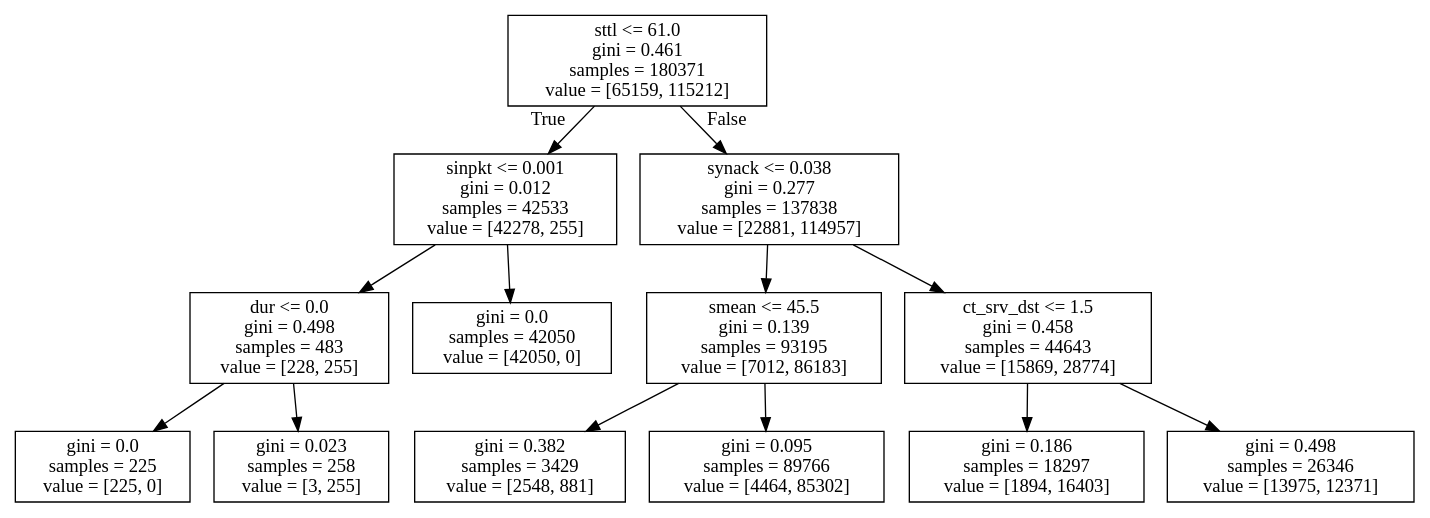
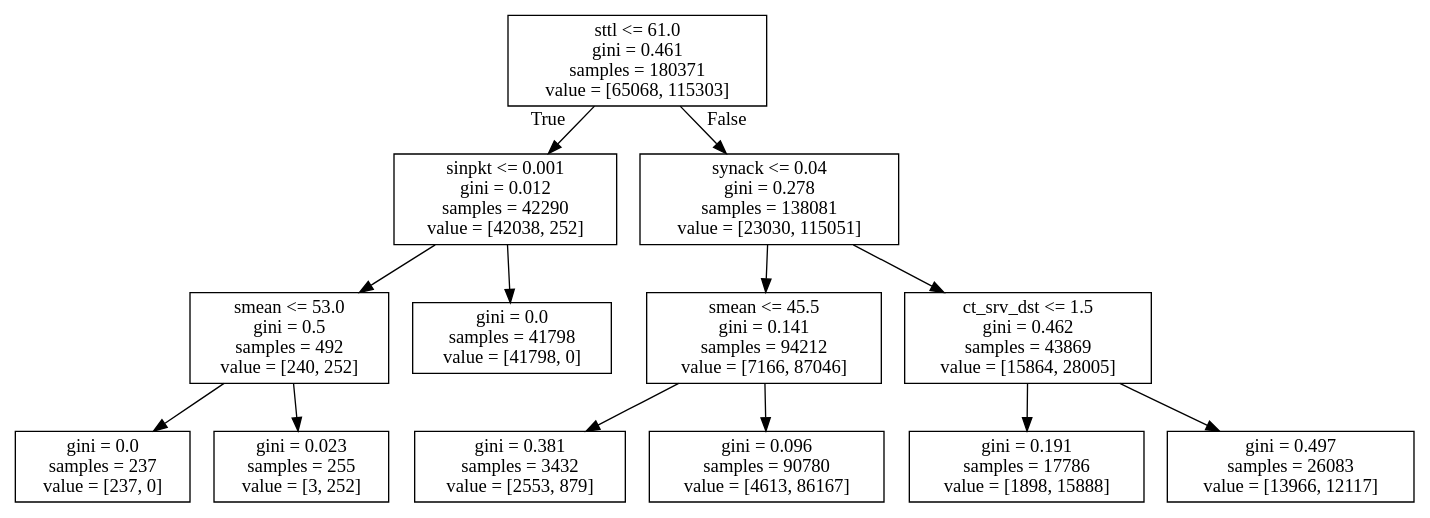
The diagram in 5.ML_Models/baseline/images/decisionTree.dot (divyaKh/CMPE255Project), drawn with Graphviz before and after one commit. The commit also changed 1 other file, not shown here.

```diff
--- a/5.ML_Models/baseline/images/decisionTree.dot
+++ b/5.ML_Models/baseline/images/decisionTree.dot
@@ -1,28 +1,28 @@
 digraph Tree {
 node [shape=box] ;
-0 [label="sttl <= 61.0\ngini = 0.461\nsamples = 180371\nvalue = [65159, 115212]"] ;
-1 [label="sinpkt <= 0.001\ngini = 0.012\nsamples = 42533\nvalue = [42278, 255]"] ;
+0 [label="sttl <= 61.0\ngini = 0.461\nsamples = 180371\nvalue = [65068, 115303]"] ;
+1 [label="sinpkt <= 0.001\ngini = 0.012\nsamples = 42290\nvalue = [42038, 252]"] ;
 0 -> 1 [labeldistance=2.5, labelangle=45, headlabel="True"] ;
-2 [label="dur <= 0.0\ngini = 0.498\nsamples = 483\nvalue = [228, 255]"] ;
+2 [label="smean <= 53.0\ngini = 0.5\nsamples = 492\nvalue = [240, 252]"] ;
 1 -> 2 ;
-3 [label="gini = 0.0\nsamples = 225\nvalue = [225, 0]"] ;
+3 [label="gini = 0.0\nsamples = 237\nvalue = [237, 0]"] ;
 2 -> 3 ;
-4 [label="gini = 0.023\nsamples = 258\nvalue = [3, 255]"] ;
+4 [label="gini = 0.023\nsamples = 255\nvalue = [3, 252]"] ;
 2 -> 4 ;
-5 [label="gini = 0.0\nsamples = 42050\nvalue = [42050, 0]"] ;
+5 [label="gini = 0.0\nsamples = 41798\nvalue = [41798, 0]"] ;
 1 -> 5 ;
-6 [label="synack <= 0.038\ngini = 0.277\nsamples = 137838\nvalue = [22881, 114957]"] ;
+6 [label="synack <= 0.04\ngini = 0.278\nsamples = 138081\nvalue = [23030, 115051]"] ;
 0 -> 6 [labeldistance=2.5, labelangle=-45, headlabel="False"] ;
-7 [label="smean <= 45.5\ngini = 0.139\nsamples = 93195\nvalue = [7012, 86183]"] ;
+7 [label="smean <= 45.5\ngini = 0.141\nsamples = 94212\nvalue = [7166, 87046]"] ;
 6 -> 7 ;
-8 [label="gini = 0.382\nsamples = 3429\nvalue = [2548, 881]"] ;
+8 [label="gini = 0.381\nsamples = 3432\nvalue = [2553, 879]"] ;
 7 -> 8 ;
-9 [label="gini = 0.095\nsamples = 89766\nvalue = [4464, 85302]"] ;
+9 [label="gini = 0.096\nsamples = 90780\nvalue = [4613, 86167]"] ;
 7 -> 9 ;
-10 [label="ct_srv_dst <= 1.5\ngini = 0.458\nsamples = 44643\nvalue = [15869, 28774]"] ;
+10 [label="ct_srv_dst <= 1.5\ngini = 0.462\nsamples = 43869\nvalue = [15864, 28005]"] ;
 6 -> 10 ;
-11 [label="gini = 0.186\nsamples = 18297\nvalue = [1894, 16403]"] ;
+11 [label="gini = 0.191\nsamples = 17786\nvalue = [1898, 15888]"] ;
 10 -> 11 ;
-12 [label="gini = 0.498\nsamples = 26346\nvalue = [13975, 12371]"] ;
+12 [label="gini = 0.497\nsamples = 26083\nvalue = [13966, 12117]"] ;
 10 -> 12 ;
 }
```
